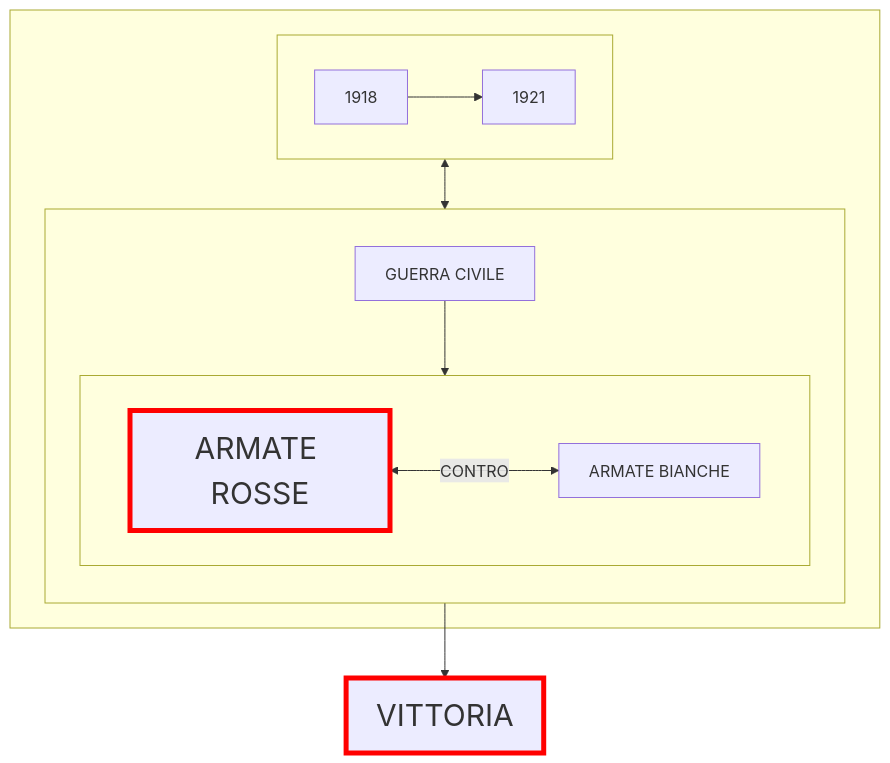
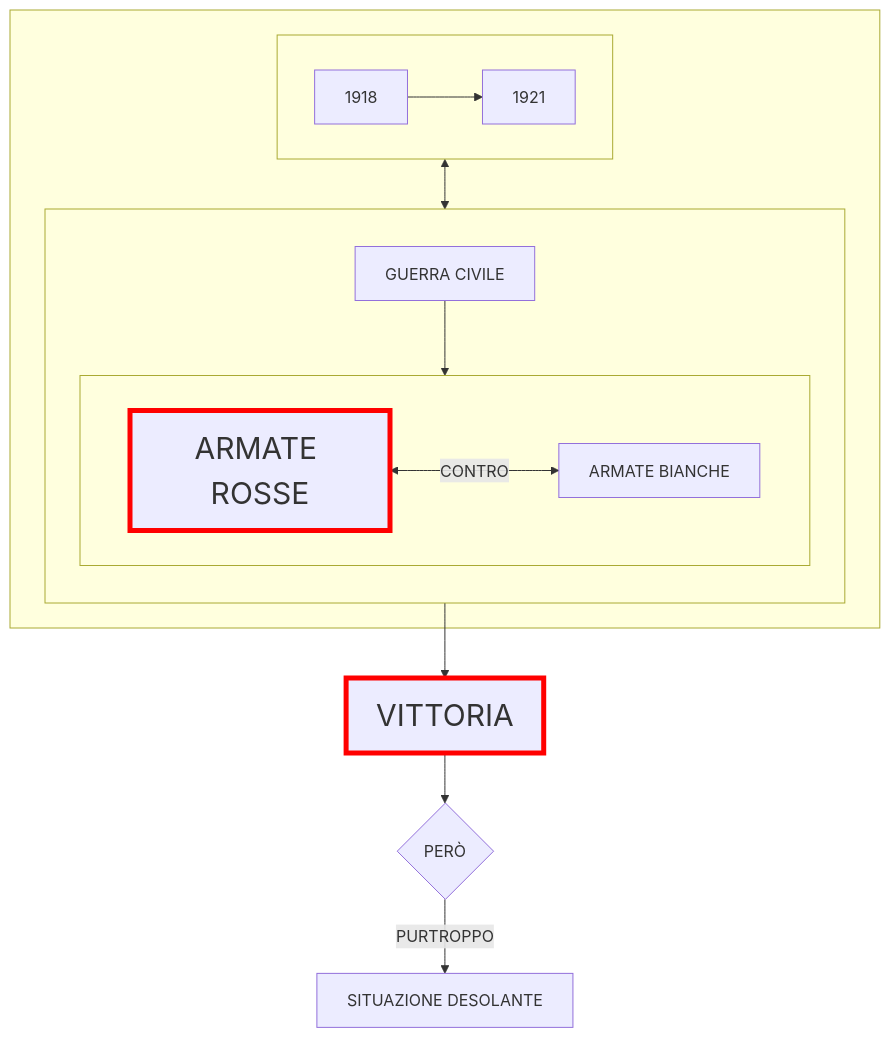
The diagram in prova.md (Laaouatni/ricerca-storia-MermaidJS), drawn with Mermaid before and after one commit.

````diff
--- a/prova.md
+++ b/prova.md
@@ -1,28 +1,31 @@
 ```mermaid
 flowchart TB;
   subgraph 0[" "]
     subgraph 01[" "]
       direction LR;
       010[1918]
       011[1921]
       010 --> 011
     end
     01 <--> 02
 
     subgraph 02[" "]
       direction TB;
       020[GUERRA CIVILE]
       subgraph 021[" "]
         direction LR;
         0210[ARMATE ROSSE]
         style 0210 stroke:#ff0000,stroke-width:5px, font-size:30px;
         0211[ARMATE BIANCHE]
         0210 <-->|CONTRO| 0211
       end
       020 --> 021
     end
   end
   1[VITTORIA]
   style 1 stroke:#ff0000,stroke-width:5px, font-size:30px;
   0210 --> 1
+  2{PERÒ}
+  20[SITUAZIONE DESOLANTE]
+  1 --> 2 -->|PURTROPPO| 20
 ```
````
